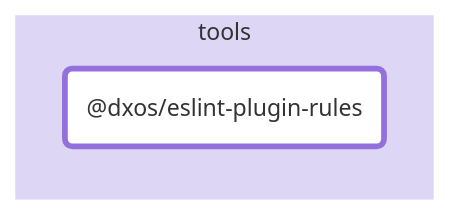
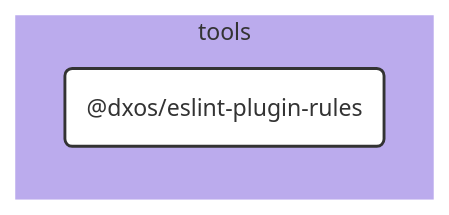
Before and after one commit to dxos/dxos: the diagram in tools/eslint-rules/docs/README.md, drawn with Mermaid. The commit also changed 100 other files, not shown here.

````diff
--- a/tools/eslint-rules/docs/README.md
+++ b/tools/eslint-rules/docs/README.md
@@ -7,12 +7,25 @@
 ```mermaid
-flowchart LR;
+%%{ init: {'flowchart':{'curve':'basis'}} }%%
 
-style dxos/eslint-plugin-rules fill:#fff,stroke-width:4px;
+flowchart LR
+
+%% Links
+
+%% Sections
+subgraph tools
+  style tools fill:#bbabed,stroke:#fff;
+
+  dxos/eslint-plugin-rules("@dxos/eslint-plugin-rules")
+end
 
 
-subgraph tools
-  style tools fill:#ded6f5,stroke:#fff;
-  dxos/eslint-plugin-rules("@dxos/eslint-plugin-rules");
-end
+%% Hyperlinks
+
+%% Styles
+classDef rootNode fill:#fff,stroke:#333,stroke-width:2px
+classDef defaultNode fill:#fff,stroke:#333,stroke-width:1px
+linkStyle default stroke:#333,stroke-width:1px
+
+dxos/eslint-plugin-rules:::rootNode
 
 ```
````
